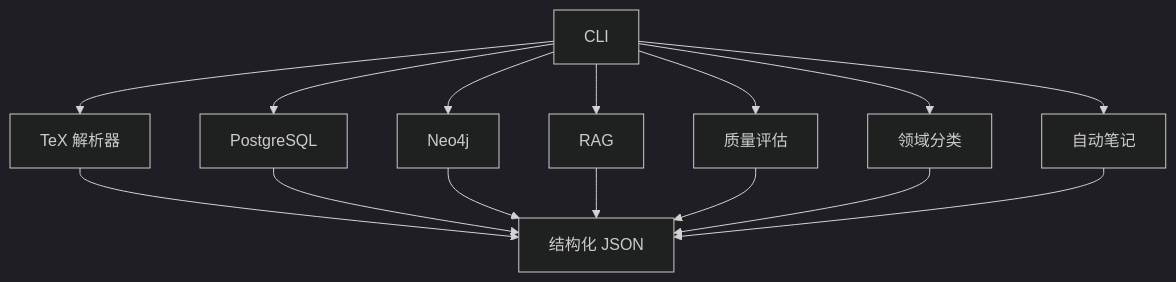
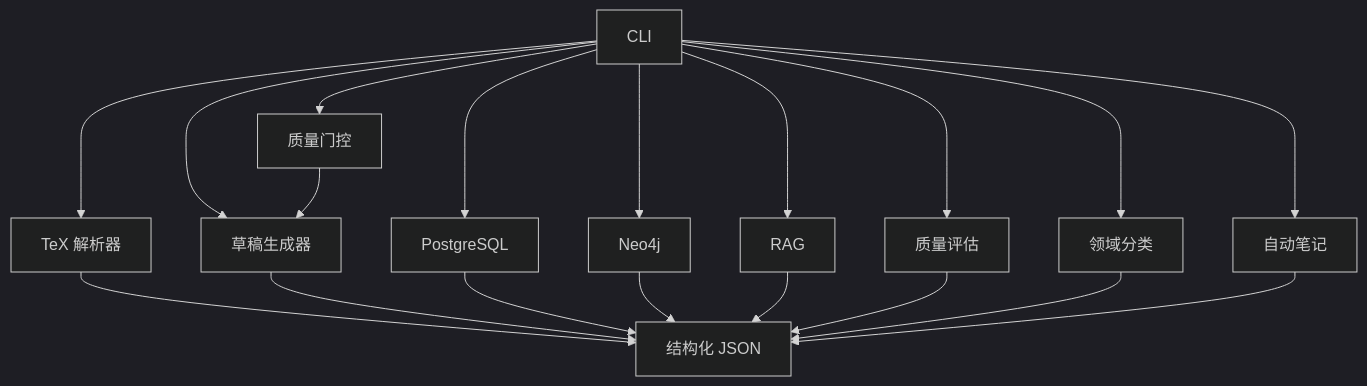
The ninth of 10 diagrams in .qoder/repowiki/zh/content/学术研究工作流/学术研究工作流.md (1173591564/academic-based-qoder), drawn with Mermaid (dark theme) before and after one commit. The commit also changed other lines of this file and 89 other files, not shown here.

````diff
--- a/.qoder/repowiki/zh/content/学术研究工作流/学术研究工作流.md
+++ b/.qoder/repowiki/zh/content/学术研究工作流/学术研究工作流.md
@@ -363,17 +413,21 @@
 ```mermaid
 graph TB
 CLI["CLI"] --> Parser["TeX 解析器"]
+CLI --> Draft["草稿生成器"]
+CLI --> Review["质量门控"]
 CLI --> DB["PostgreSQL"]
 CLI --> GDB["Neo4j"]
 CLI --> RAG["RAG"]
 CLI --> QA["质量评估"]
 CLI --> CL["领域分类"]
 CLI --> AN["自动笔记"]
 Parser --> JSON["结构化 JSON"]
+Draft --> JSON
+Review --> Draft
 DB --> JSON
 GDB --> JSON
 RAG --> JSON
 QA --> JSON
 CL --> JSON
 AN --> JSON
 ```
````
